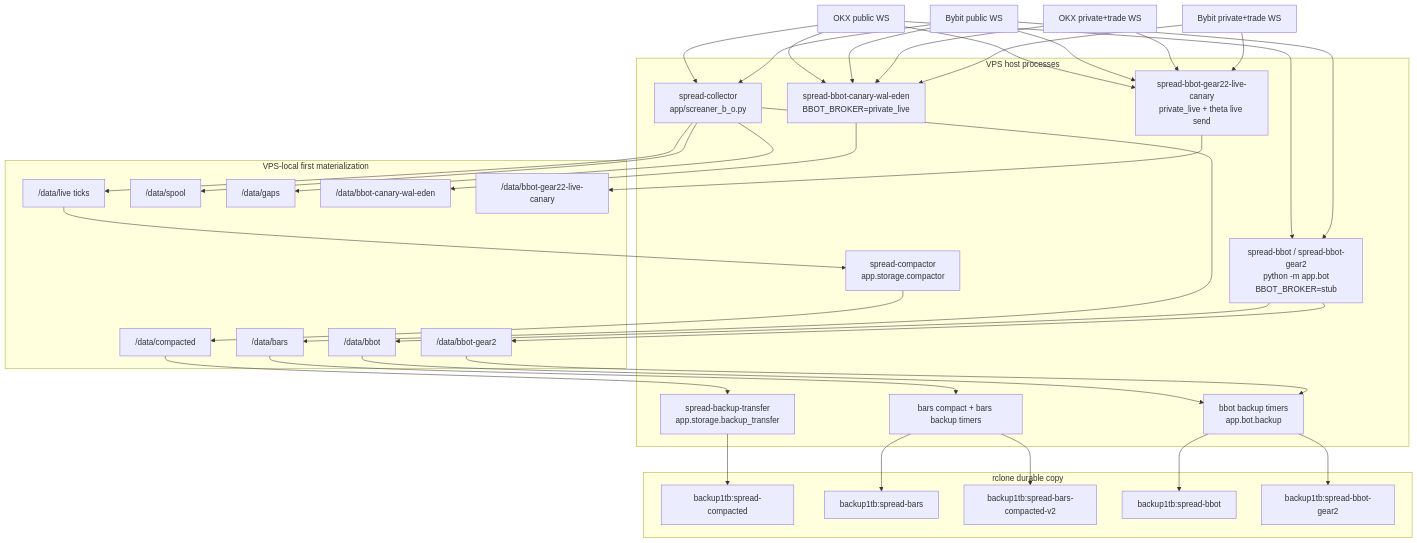
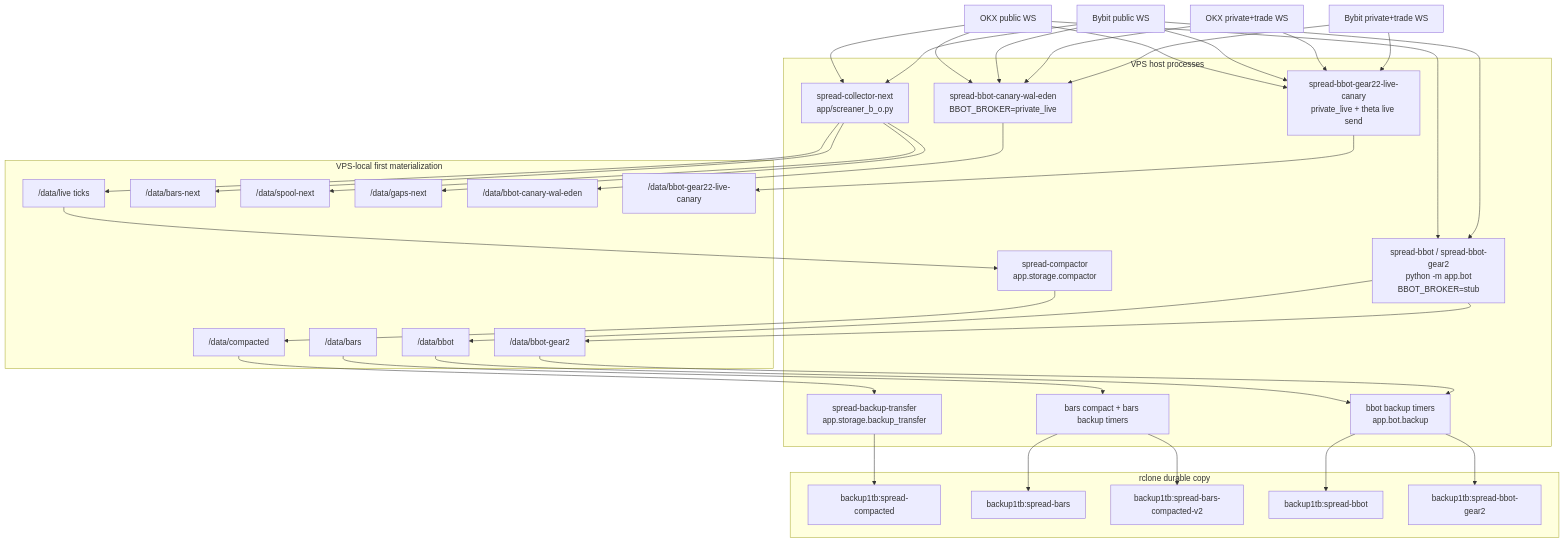
The first of 3 diagrams in architecture.md (anabol21/arb_bots), drawn with Mermaid before and after one commit. The commit also changed other lines of this file and 3 other files, not shown here.

````diff
--- a/architecture.md
+++ b/architecture.md
@@ -105,61 +107,62 @@
 ```mermaid
 flowchart TB
   subgraph vps [VPS host processes]
-    D["spread-collector\napp/screaner_b_o.py"]
+    D["spread-collector-next\napp/screaner_b_o.py"]
     Dc["spread-compactor\napp.storage.compactor"]
     Db["spread-backup-transfer\napp.storage.backup_transfer"]
     Dbc["bars compact + bars backup timers"]
     Bstub["spread-bbot / spread-bbot-gear2\npython -m app.bot\nBBOT_BROKER=stub"]
     Bcan["spread-bbot-canary-wal-eden\nBBOT_BROKER=private_live"]
     Blive["spread-bbot-gear22-live-canary\nprivate_live + theta live send"]
     Bbak["bbot backup timers\napp.bot.backup"]
   end
   subgraph disk [VPS-local first materialization]
     live["/data/live ticks"]
     bars["/data/bars"]
-    spool["/data/spool"]
-    gaps["/data/gaps"]
+    barsNext["/data/bars-next"]
+    spool["/data/spool-next"]
+    gaps["/data/gaps-next"]
     compact["/data/compacted"]
     bbot["/data/bbot"]
     gear2["/data/bbot-gear2"]
     wal["/data/bbot-canary-wal-eden"]
     g22["/data/bbot-gear22-live-canary"]
   end
   subgraph remote [rclone durable copy]
     r1["backup1tb:spread-compacted"]
     r2["backup1tb:spread-bars"]
     r3["backup1tb:spread-bars-compacted-v2"]
     r4["backup1tb:spread-bbot"]
     r5["backup1tb:spread-bbot-gear2"]
   end
   okxPub["OKX public WS"]
   bybitPub["Bybit public WS"]
   okxPriv["OKX private+trade WS"]
   bybitPriv["Bybit private+trade WS"]
 
   okxPub --> D
   bybitPub --> D
   D --> live
-  D --> bars
+  D --> barsNext
   D --> spool
   D --> gaps
   live --> Dc --> compact --> Db --> r1
   bars --> Dbc --> r2
   Dbc --> r3
   okxPub --> Bstub
   bybitPub --> Bstub
   Bstub --> bbot
   Bstub --> gear2
   bbot --> Bbak --> r4
   gear2 --> Bbak --> r5
   okxPub --> Bcan
   bybitPub --> Bcan
   okxPriv --> Bcan
   bybitPriv --> Bcan
   Bcan --> wal
   okxPub --> Blive
   bybitPub --> Blive
   okxPriv --> Blive
   bybitPriv --> Blive
   Blive --> g22
 ```
````
